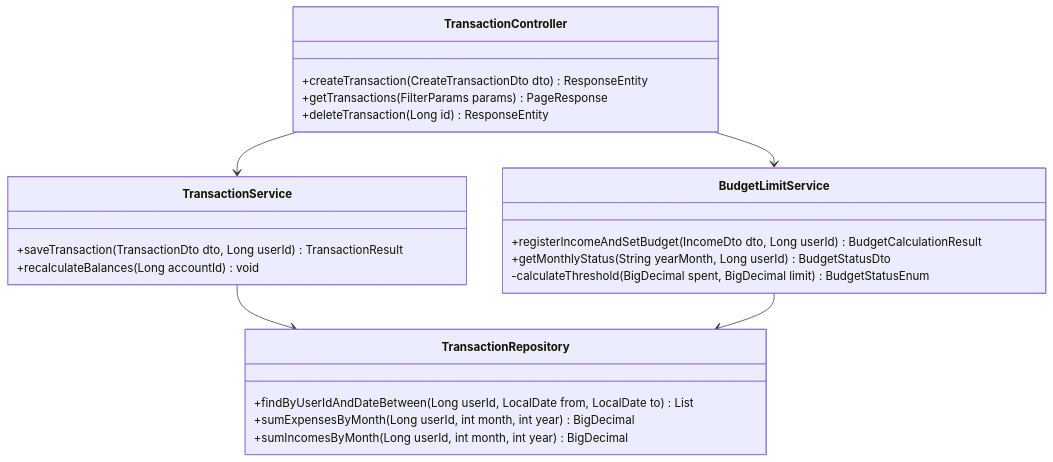
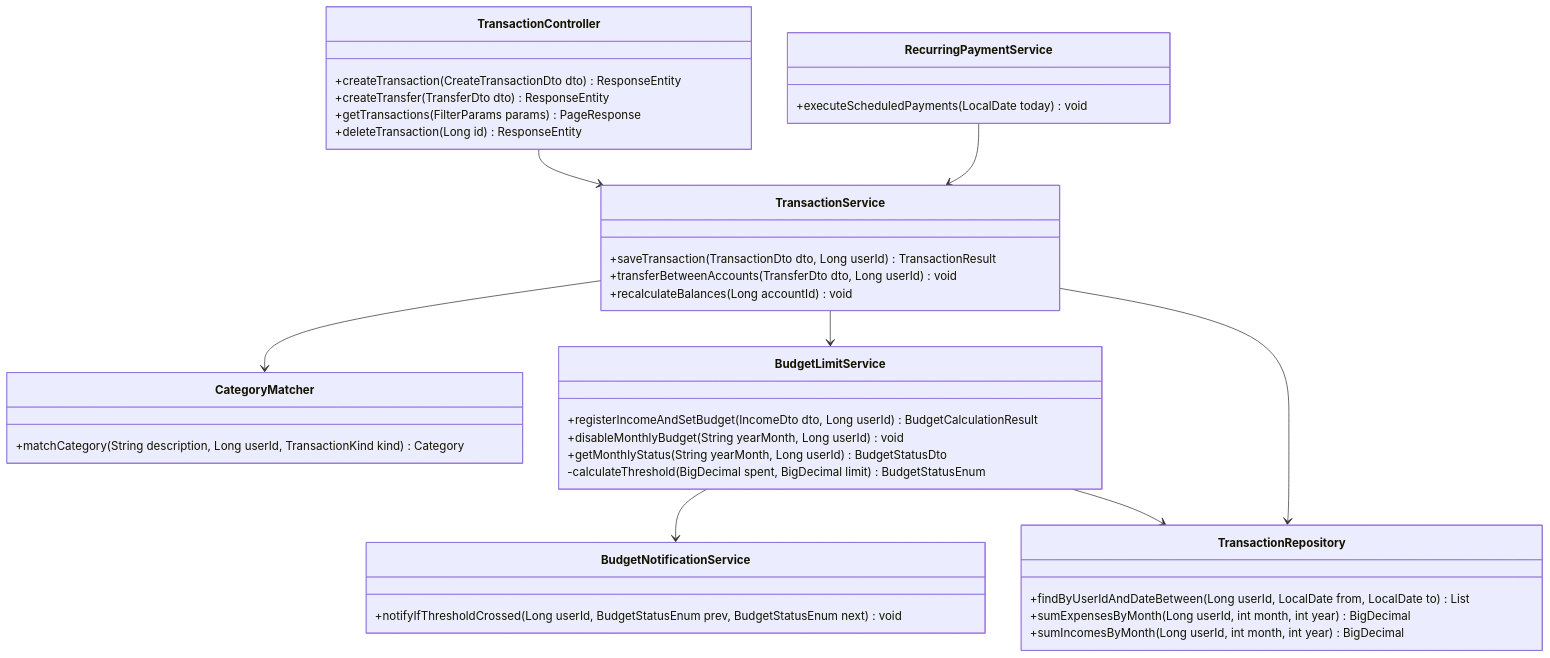
One commit to georgiyr101/SDLC changed the third of 7 diagrams in sdd/sdd.md. Above: the diagram before and after it, drawn with Mermaid. The commit also changed other lines of this file, not shown here.

````diff
--- a/sdd/sdd.md
+++ b/sdd/sdd.md
@@ -181,30 +190,48 @@
 ```mermaid
 classDiagram
     class TransactionController {
         +createTransaction(CreateTransactionDto dto) ResponseEntity
+        +createTransfer(TransferDto dto) ResponseEntity
         +getTransactions(FilterParams params) PageResponse
         +deleteTransaction(Long id) ResponseEntity
     }
     
     class TransactionService {
         +saveTransaction(TransactionDto dto, Long userId) TransactionResult
+        +transferBetweenAccounts(TransferDto dto, Long userId) void
         +recalculateBalances(Long accountId) void
+    }
+
+    class CategoryMatcher {
+        +matchCategory(String description, Long userId, TransactionKind kind) Category
     }
     
     class BudgetLimitService {
         +registerIncomeAndSetBudget(IncomeDto dto, Long userId) BudgetCalculationResult
+        +disableMonthlyBudget(String yearMonth, Long userId) void
         +getMonthlyStatus(String yearMonth, Long userId) BudgetStatusDto
         -calculateThreshold(BigDecimal spent, BigDecimal limit) BudgetStatusEnum
+    }
+
+    class BudgetNotificationService {
+        +notifyIfThresholdCrossed(Long userId, BudgetStatusEnum prev, BudgetStatusEnum next) void
+    }
+
+    class RecurringPaymentService {
+        +executeScheduledPayments(LocalDate today) void
     }
     
     class TransactionRepository {
         +findByUserIdAndDateBetween(Long userId, LocalDate from, LocalDate to) List
         +sumExpensesByMonth(Long userId, int month, int year) BigDecimal
         +sumIncomesByMonth(Long userId, int month, int year) BigDecimal
     }
     
     TransactionController --> TransactionService
-    TransactionController --> BudgetLimitService
+    TransactionService --> CategoryMatcher
+    TransactionService --> BudgetLimitService
     TransactionService --> TransactionRepository
+    BudgetLimitService --> BudgetNotificationService
     BudgetLimitService --> TransactionRepository
+    RecurringPaymentService --> TransactionService
 ```
````
